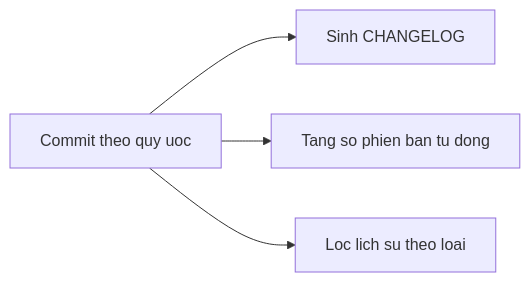
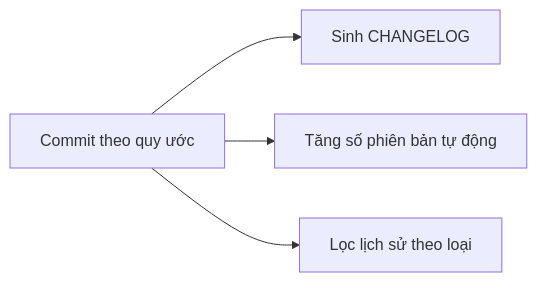
Before and after one commit to TienNHM/tiennhm.github.io: the diagram in docs/09-dotnet-backend-zero-to-senior/stage-01-foundation/module-03-git-developer-workflow/3.10-conventional-commits.mdx, drawn with Mermaid. The commit also changed other lines of this file and 17 other files, not shown here.

````diff
--- a/docs/09-dotnet-backend-zero-to-senior/stage-01-foundation/module-03-git-developer-workflow/3.10-conventional-commits.mdx
+++ b/docs/09-dotnet-backend-zero-to-senior/stage-01-foundation/module-03-git-developer-workflow/3.10-conventional-commits.mdx
@@ -95,6 +96,6 @@
 ```mermaid
 flowchart LR
-    A[Commit theo quy uoc] --> B[Sinh CHANGELOG]
-    A --> C[Tang so phien ban tu dong]
-    A --> D[Loc lich su theo loai]
+    A[Commit theo quy ước] --> B[Sinh CHANGELOG]
+    A --> C[Tăng số phiên bản tự động]
+    A --> D[Lọc lịch sử theo loại]
 ```
````
